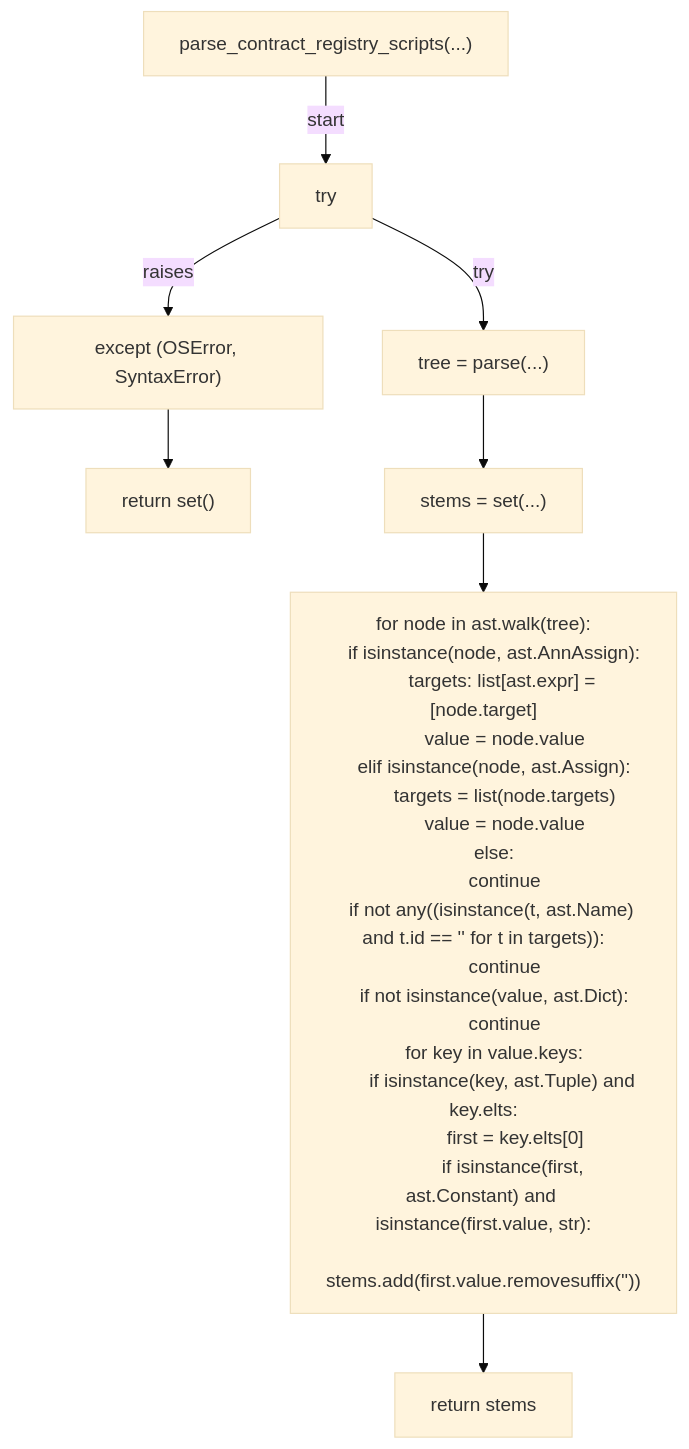
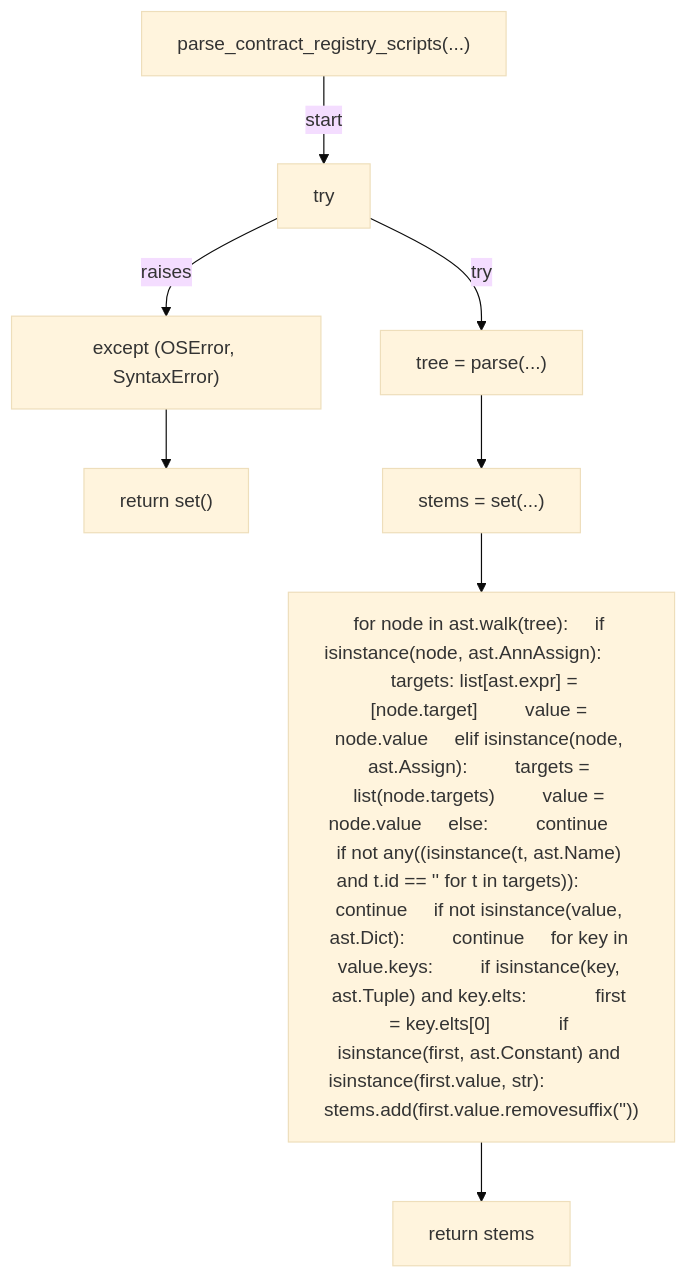
The sixth of 12 diagrams in docs/generated/scripts/ast/scan_test_presence_drift.md (tvna/claude-md), drawn with Mermaid (base theme) before and after one commit. The commit also changed other lines of this file and 23 other files, not shown here.

First line of the commit message:
docs(generated): regenerate decision tree and workflow diagrams (batch 4/5)

````diff
--- a/docs/generated/scripts/ast/scan_test_presence_drift.md
+++ b/docs/generated/scripts/ast/scan_test_presence_drift.md
@@ -83,35 +75,18 @@
 ```mermaid
 flowchart TD
     N001["parse_contract_registry_scripts(...)"]
     N002["try"]
     N003["tree = parse(...)"]
     N004["except (OSError, SyntaxError)"]
     N005["return set()"]
     N006["stems = set(...)"]
-    N007["for node in ast.walk(tree):
-    if isinstance(node, ast.AnnAssign):
-        targets: list[ast.expr] = [node.target]
-        value = node.value
-    elif isinstance(node, ast.Assign):
-        targets = list(node.targets)
-        value = node.value
-    else:
-        continue
-    if not any((isinstance(t, ast.Name) and t.id == '<str>' for t in targets)):
-        continue
-    if not isinstance(value, ast.Dict):
-        continue
-    for key in value.keys:
-        if isinstance(key, ast.Tuple) and key.elts:
-            first = key.elts[0]
-            if isinstance(first, ast.Constant) and isinstance(first.value, str):
-                stems.add(first.value.removesuffix('<str>'))"]
+    N007["for node in ast.walk(tree):     if isinstance(node, ast.AnnAssign):         targets: list[ast.expr] = [node.target]         value = node.value     elif isinstance(node, ast.Assign):         targets = list(node.targets)         value = node.value     else:         continue     if not any((isinstance(t, ast.Name) and t.id == '<str>' for t in targets)):         continue     if not isinstance(value, ast.Dict):         continue     for key in value.keys:         if isinstance(key, ast.Tuple) and key.elts:             first = key.elts[0]             if isinstance(first, ast.Constant) and isinstance(first.value, str):                 stems.add(first.value.removesuffix('<str>'))"]
     N008["return stems"]
     N001 -->|"start"| N002
     N002 -->|"try"| N003
     N002 -->|"raises"| N004
     N004 --> N005
     N003 --> N006
     N006 --> N007
     N007 --> N008
 ```
````
